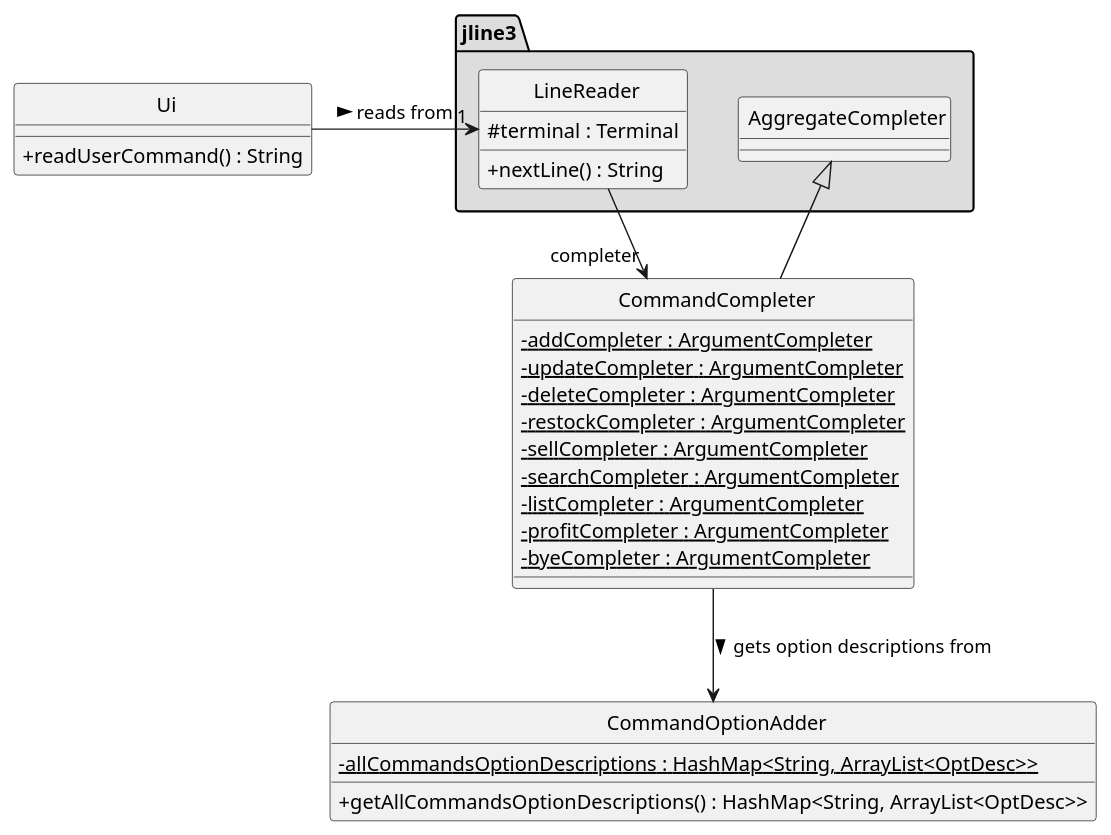
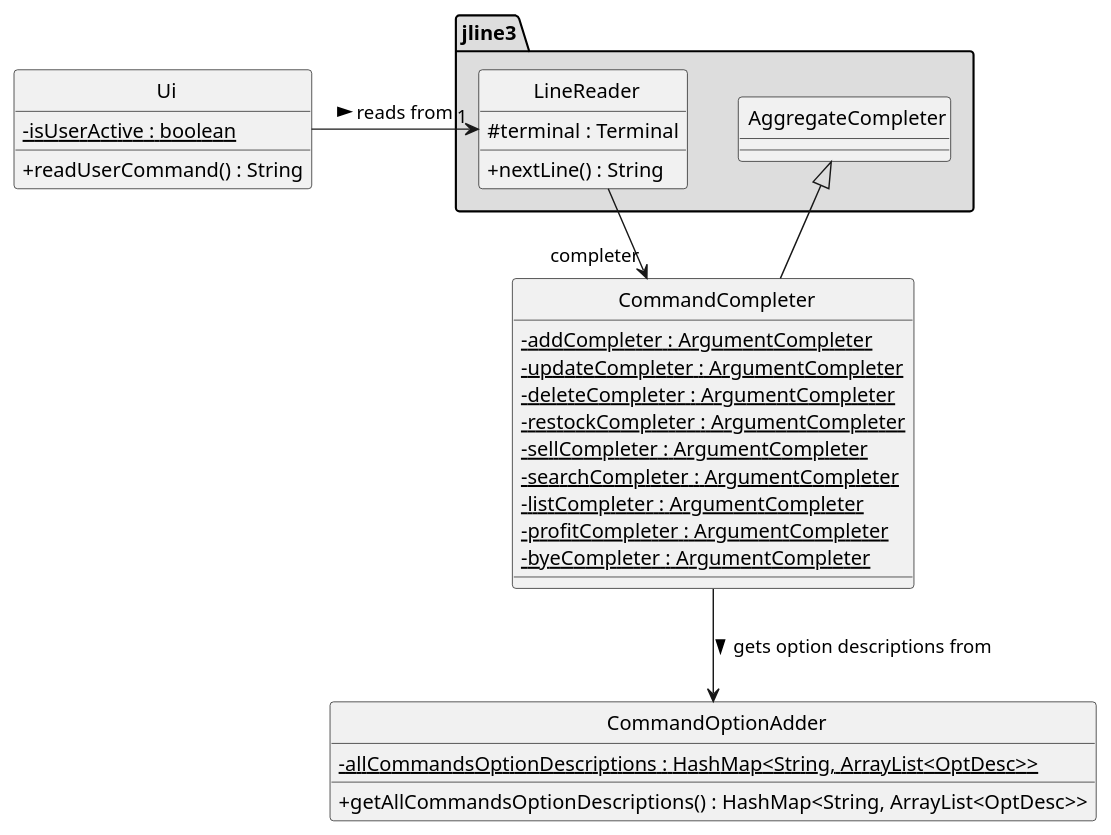
One commit to AY2324S2-CS2113T-T09-2/tp changed the diagram in docs/diagrams/UiClassDiagram.puml. Above: the diagram before and after it, drawn with PlantUML. The commit also changed 1 other file, not shown here.

Commit message:
Update UiClassDiagram

```diff
--- a/docs/diagrams/UiClassDiagram.puml
+++ b/docs/diagrams/UiClassDiagram.puml
@@ -1,44 +1,46 @@
 @startuml
 
 skinparam classAttributeIconSize 0
 skinparam CircledCharacterFontSize 0
 skinparam CircledCharacterRadius 0
 
 class Ui {
+        - isUserActive : boolean {static}
+
         + readUserCommand() : String
 }
 
 package jline3 #DDDDDD {
         class LineReader {
                 # terminal : Terminal
         
                 + nextLine() : String
         }
 
         class AggregateCompleter
 }
 
 class CommandCompleter {
         - addCompleter : ArgumentCompleter {static}
         - updateCompleter : ArgumentCompleter {static}
         - deleteCompleter : ArgumentCompleter {static}
         - restockCompleter : ArgumentCompleter {static}
         - sellCompleter : ArgumentCompleter {static}
         - searchCompleter : ArgumentCompleter {static}
         - listCompleter : ArgumentCompleter {static}
         - profitCompleter : ArgumentCompleter {static}
         - byeCompleter : ArgumentCompleter {static}
 }
 
 class CommandOptionAdder {
         - allCommandsOptionDescriptions : HashMap<String, ArrayList<OptDesc>> {static}
 
         + getAllCommandsOptionDescriptions() : HashMap<String, ArrayList<OptDesc>>
 }
 
 Ui -> "1" LineReader : reads from >
 LineReader --> "completer" CommandCompleter
 CommandCompleter --|> AggregateCompleter
 CommandCompleter -d-> CommandOptionAdder : gets option descriptions from >
 
 @enduml
```
